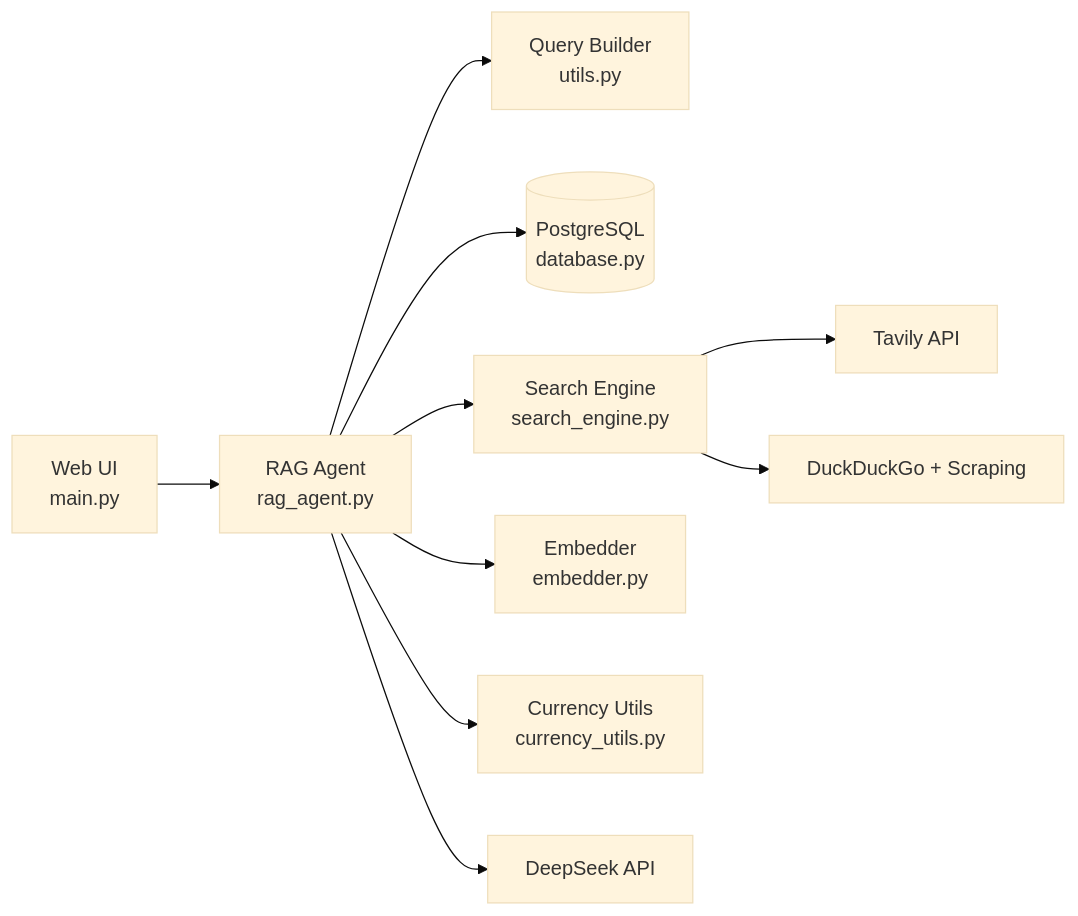
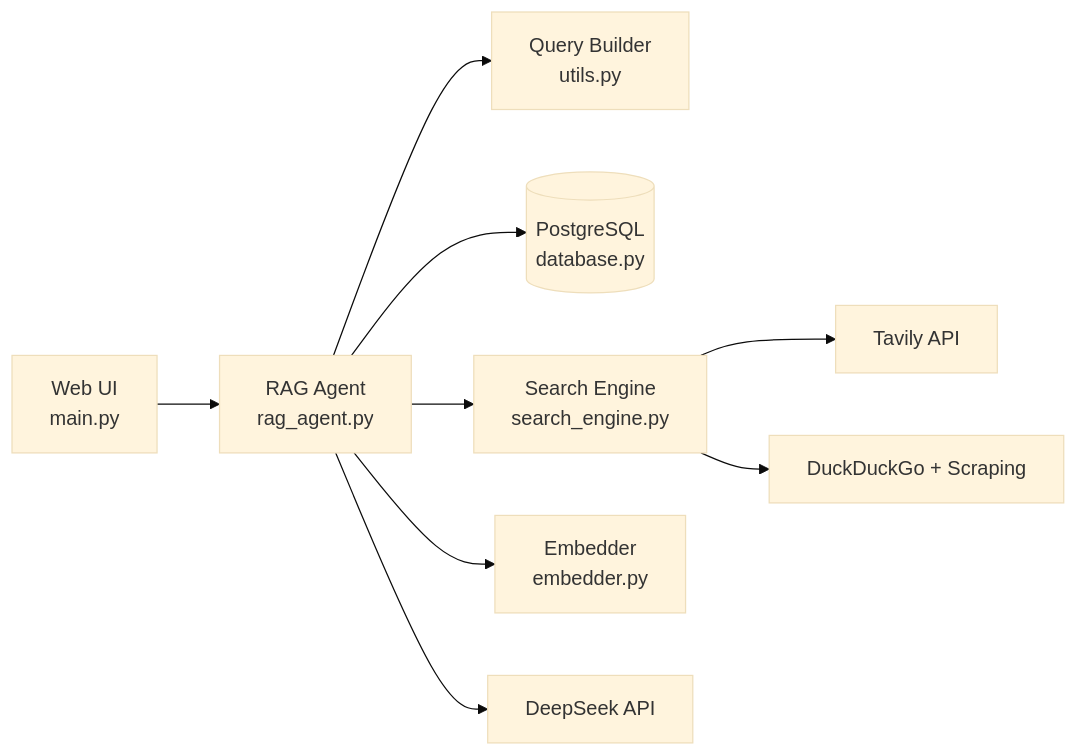
One commit to lopolam147-alt/Myproject1 changed the diagram in README.md. Above: the diagram before and after it, drawn with Mermaid (base theme). The commit also changed other lines of this file and 8 other files, not shown here.

````diff
--- a/README.md
+++ b/README.md
@@ -20,12 +20,11 @@
 ```mermaid
 flowchart LR
     UI[Web UI<br/>main.py] --> Agent[RAG Agent<br/>rag_agent.py]
     Agent --> Utils[Query Builder<br/>utils.py]
     Agent --> Cache[(PostgreSQL<br/>database.py)]
     Agent --> Search[Search Engine<br/>search_engine.py]
     Agent --> Embed[Embedder<br/>embedder.py]
-    Agent --> Currency[Currency Utils<br/>currency_utils.py]
     Search --> Tavily[Tavily API]
     Search --> DDG[DuckDuckGo + Scraping]
     Agent --> DeepSeek[DeepSeek API]
 ```
````
